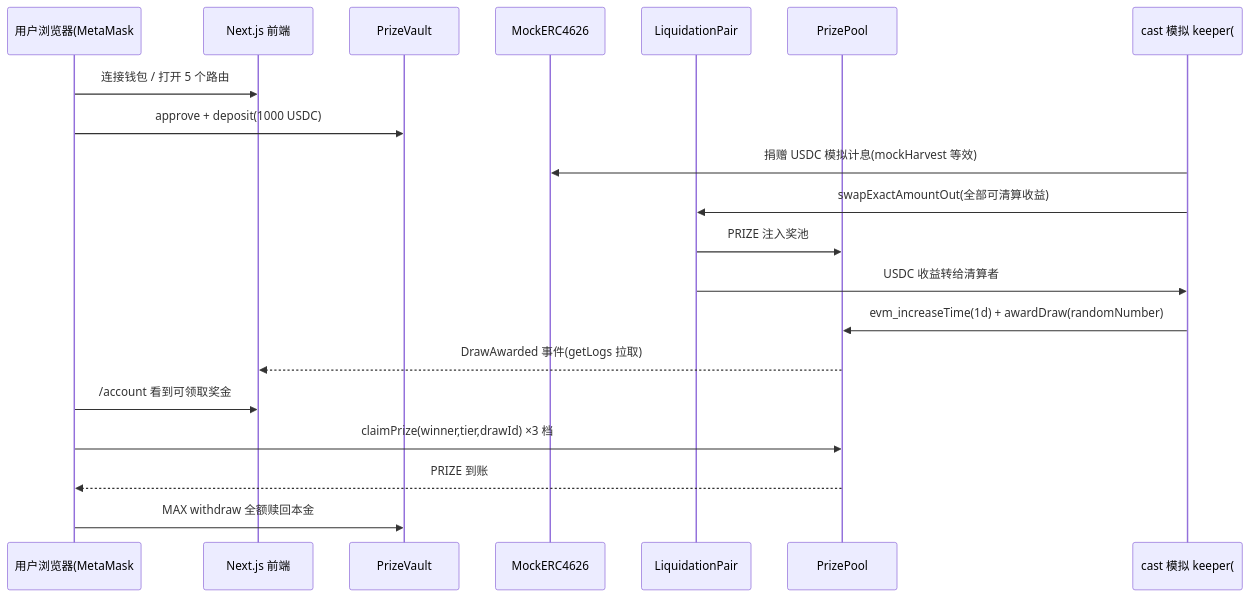
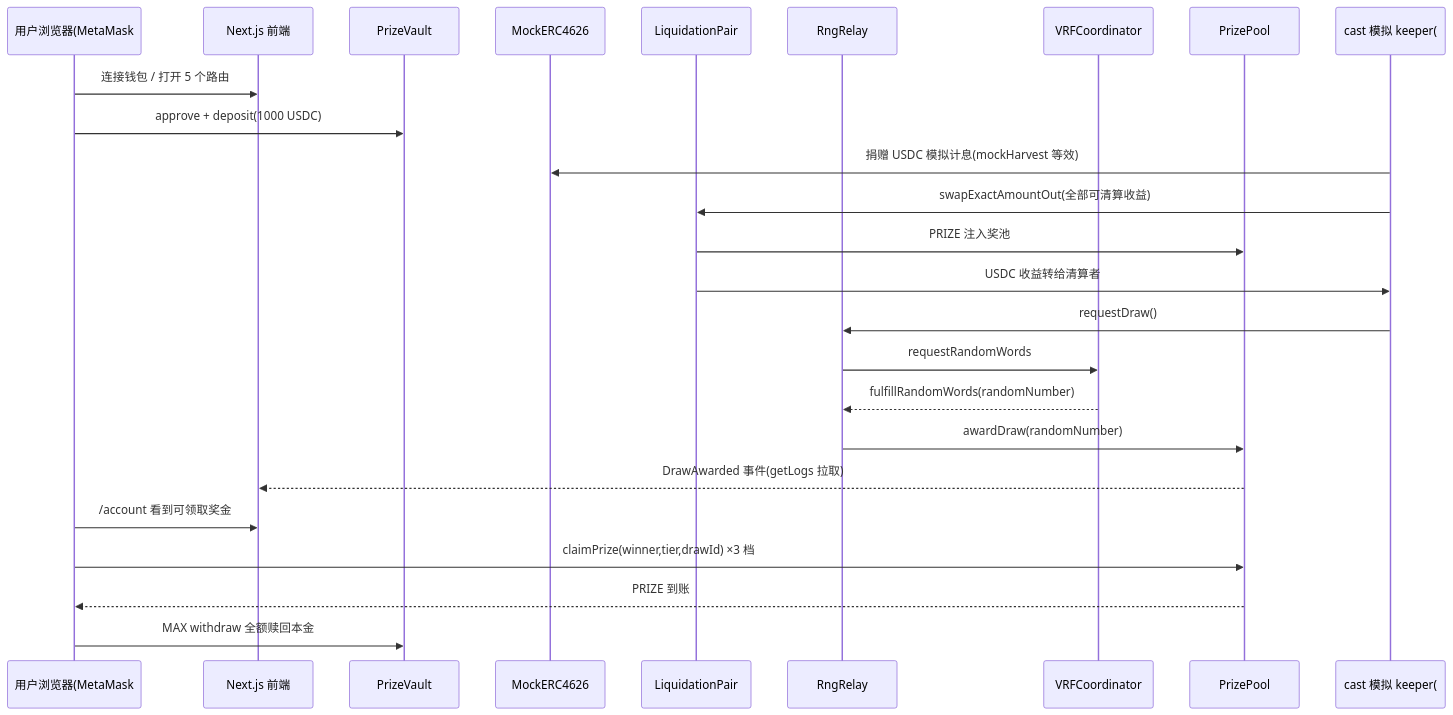
The diagram in docs/testing/manual-e2e.md (xiaokedou5951/prize-savings), drawn with Mermaid before and after one commit. The commit also changed other lines of this file and 25 other files, not shown here.

First line of the commit message:
0.4.1 实现 RngRelay 合约集成 Chainlink VRF 随机数开奖

````diff
--- a/docs/testing/manual-e2e.md
+++ b/docs/testing/manual-e2e.md
@@ -28,23 +28,28 @@
 ```mermaid
 sequenceDiagram
     participant U as 用户浏览器(MetaMask #1)
     participant FE as Next.js 前端
     participant V as PrizeVault
     participant YV as MockERC4626
     participant LP as LiquidationPair
+    participant RR as RngRelay
+    participant VRF as VRFCoordinator
     participant PP as PrizePool
     participant K as cast 模拟 keeper(#0)
 
     U->>FE: 连接钱包 / 打开 5 个路由
     U->>V: approve + deposit(1000 USDC)
     K->>YV: 捐赠 USDC 模拟计息(mockHarvest 等效)
     K->>LP: swapExactAmountOut(全部可清算收益)
     LP->>PP: PRIZE 注入奖池
     LP->>K: USDC 收益转给清算者
-    K->>PP: evm_increaseTime(1d) + awardDraw(randomNumber)
+    K->>RR: requestDraw()
+    RR->>VRF: requestRandomWords
+    VRF-->>RR: fulfillRandomWords(randomNumber)
+    RR->>PP: awardDraw(randomNumber)
     PP-->>FE: DrawAwarded 事件(getLogs 拉取)
     U->>FE: /account 看到可领取奖金
     U->>PP: claimPrize(winner,tier,drawId) ×3 档
     PP-->>U: PRIZE 到账
     U->>V: MAX withdraw 全额赎回本金
 ```
````
